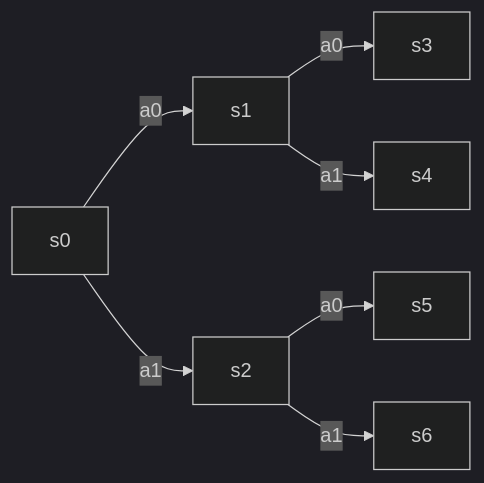
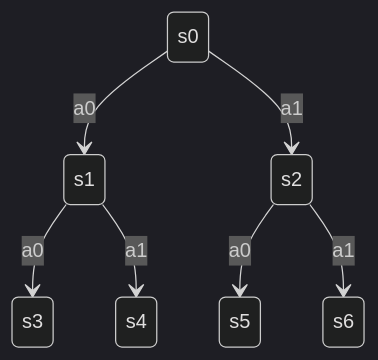
Before and after one commit to ailidani/principia: the diagram in content/docs/model checker.md, drawn with Mermaid. The commit also changed other lines of this file and 1 other file, not shown here.

```diff
--- a/content/docs/model checker.md
+++ b/content/docs/model checker.md
@@ -19,10 +19,10 @@
 {{< mermaid >}}
 %%{init: {'theme':'dark'}}%%
-flowchart LR;
-s0 --a0--> s1
-s0 --a1--> s2
-s1 --a0--> s3
-s1 --a1--> s4
-s2 --a0--> s5
-s2 --a1--> s6
+stateDiagram-v2
+s0 --> s1 : a0
+s0 --> s2 : a1
+s1 --> s3 : a0
+s1 --> s4 : a1
+s2 --> s5 : a0
+s2 --> s6 : a1
 {{< /mermaid >}}
```
